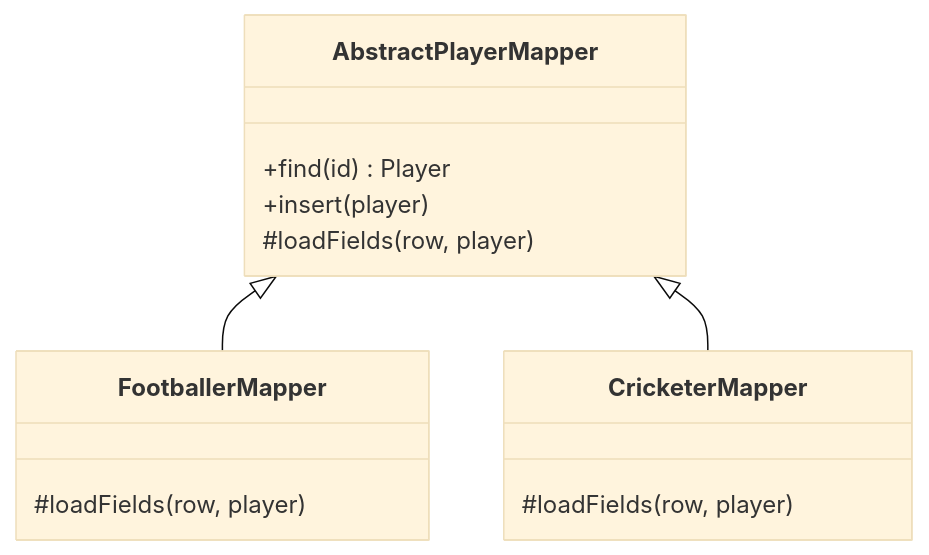
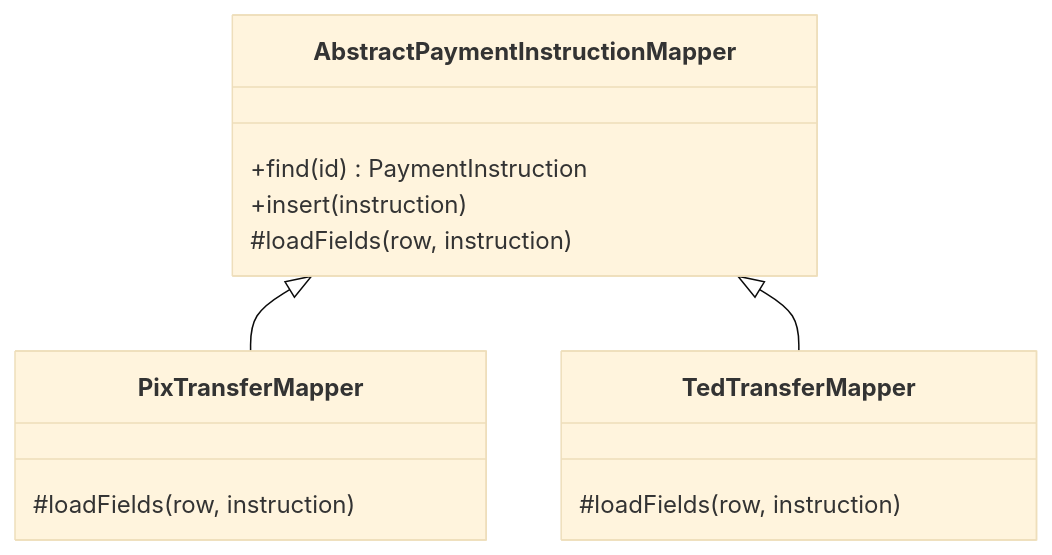
The diagram in i18n/en/docusaurus-plugin-content-docs/current/design/poeaa/object-relational-structural/inheritance-mappers.md (alancesar/design-patterns), drawn with Mermaid (base theme) before and after one commit. The commit also changed other lines of this file and 95 other files, not shown here.

First line of the commit message:
Switch PoEAA examples and diagrams to fintech scenarios

````diff
--- a/i18n/en/docusaurus-plugin-content-docs/current/design/poeaa/object-relational-structural/inheritance-mappers.md
+++ b/i18n/en/docusaurus-plugin-content-docs/current/design/poeaa/object-relational-structural/inheritance-mappers.md
@@ -51,16 +51,16 @@
 ```mermaid
 classDiagram
-    class AbstractPlayerMapper {
-        +find(id) Player
-        +insert(player)
-        #loadFields(row, player)
+    class AbstractPaymentInstructionMapper {
+        +find(id) PaymentInstruction
+        +insert(instruction)
+        #loadFields(row, instruction)
     }
-    class FootballerMapper {
-        #loadFields(row, player)
+    class PixTransferMapper {
+        #loadFields(row, instruction)
     }
-    class CricketerMapper {
-        #loadFields(row, player)
+    class TedTransferMapper {
+        #loadFields(row, instruction)
     }
-    AbstractPlayerMapper <|-- FootballerMapper
-    AbstractPlayerMapper <|-- CricketerMapper
+    AbstractPaymentInstructionMapper <|-- PixTransferMapper
+    AbstractPaymentInstructionMapper <|-- TedTransferMapper
 ```
````
